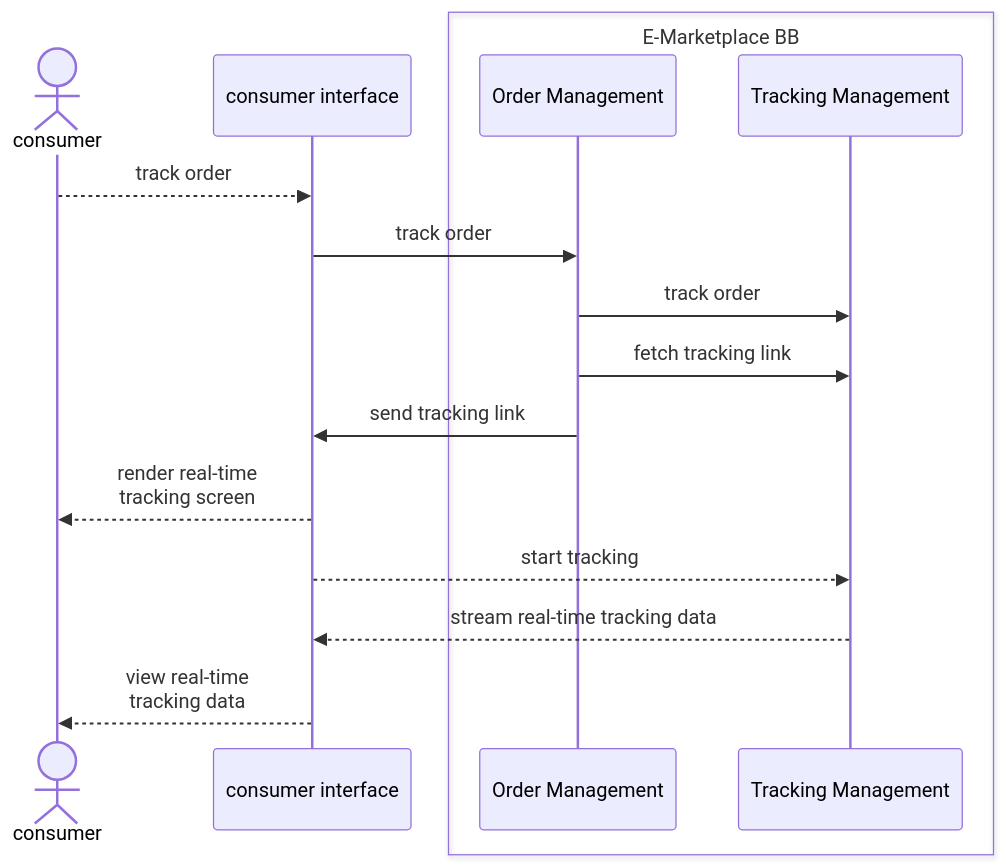
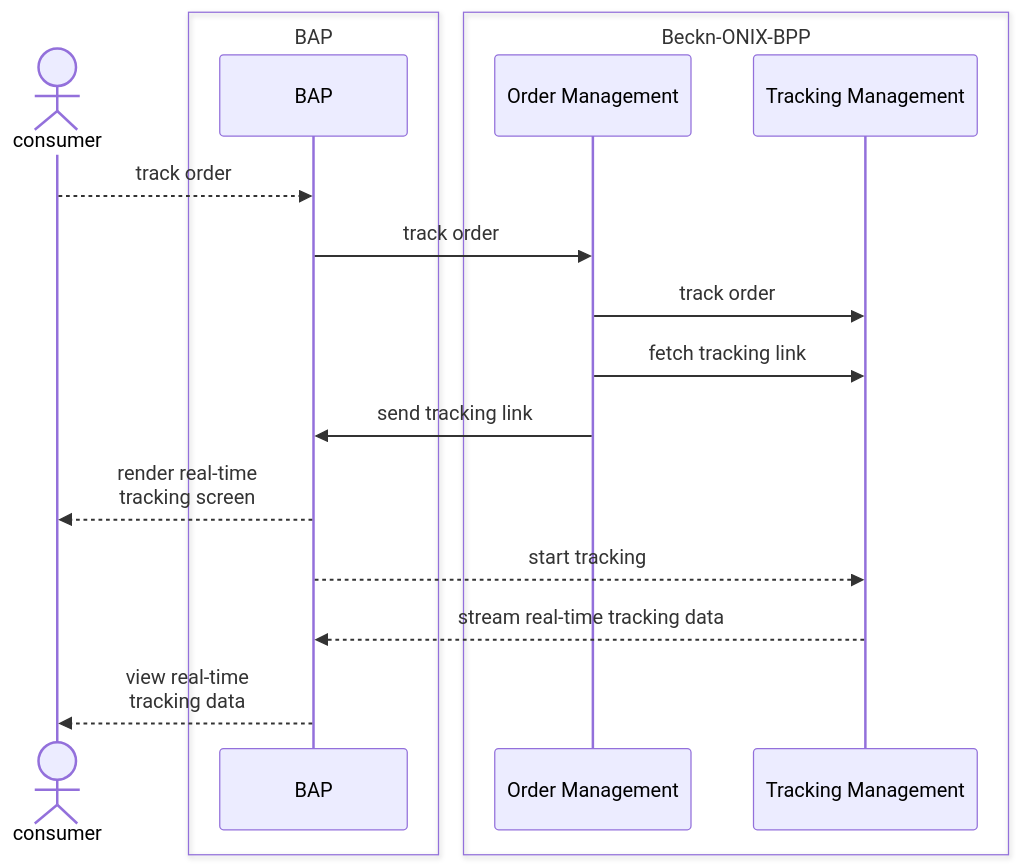
One commit to rajaneeshk90/gitbook-exp changed the tenth of 17 diagrams in README.md. Above: the diagram before and after it, drawn with Mermaid. The commit also changed other lines of this file, not shown here.

Commit message:
GITBOOK-7: Updated sequence diagram for all APIs

````diff
--- a/README.md
+++ b/README.md
@@ -264,19 +288,20 @@
 ```mermaid
 sequenceDiagram
     Actor consumer
-    participant consumer interface
-    box E-Marketplace BB
+    box BAP
+    participant BAP
+    end
+    box Beckn-ONIX-BPP
     participant Order Management
     participant Tracking Management
     end
-    consumer-->>consumer interface: track order
-    consumer interface->>Order Management: track order
+    consumer-->>BAP: track order
+    BAP->>Order Management: track order
     Order Management->>Tracking Management: track order
     Order Management->> Tracking Management: fetch tracking link
-    Order Management->> consumer interface: send tracking link
-    consumer interface-->>consumer: render real-time <br/> tracking screen
-    consumer interface-->>Tracking Management: start tracking
-    Tracking Management-->>consumer interface: stream real-time tracking data
-    consumer interface-->>consumer: view real-time <br/> tracking data
-    
+    Order Management->> BAP: send tracking link
+    BAP-->>consumer: render real-time <br/> tracking screen
+    BAP-->>Tracking Management: start tracking
+    Tracking Management-->>BAP: stream real-time tracking data
+    BAP-->>consumer: view real-time <br/> tracking data
 ```
````
